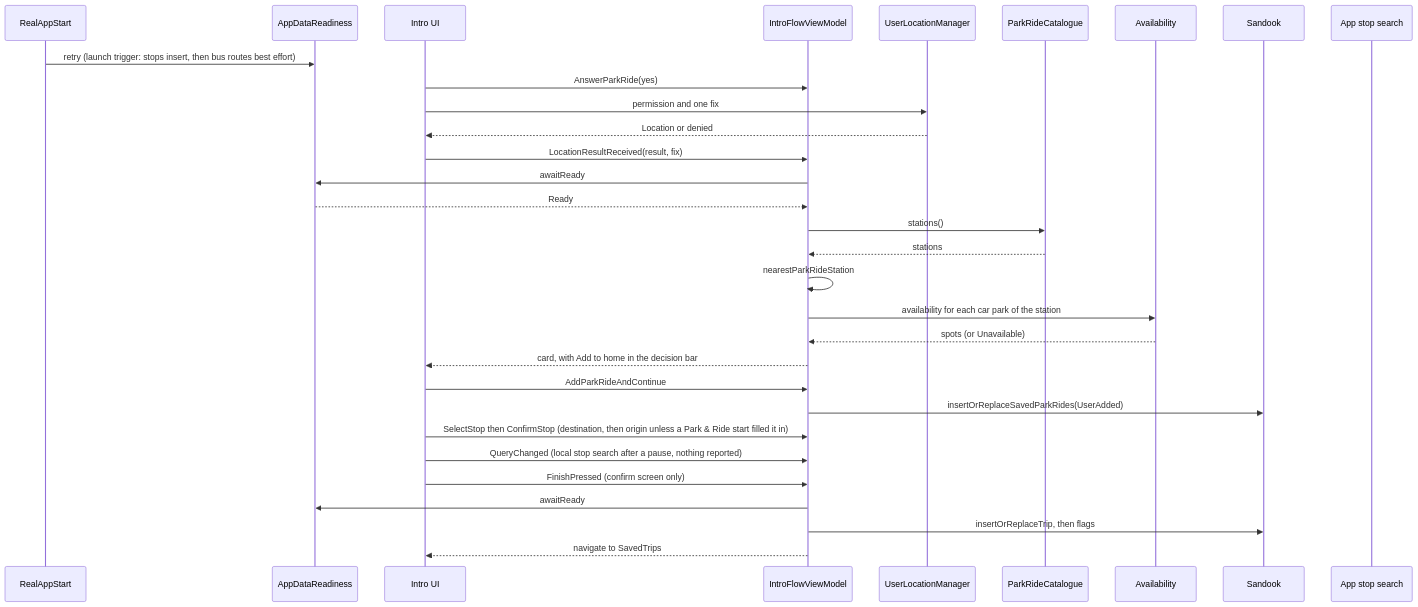
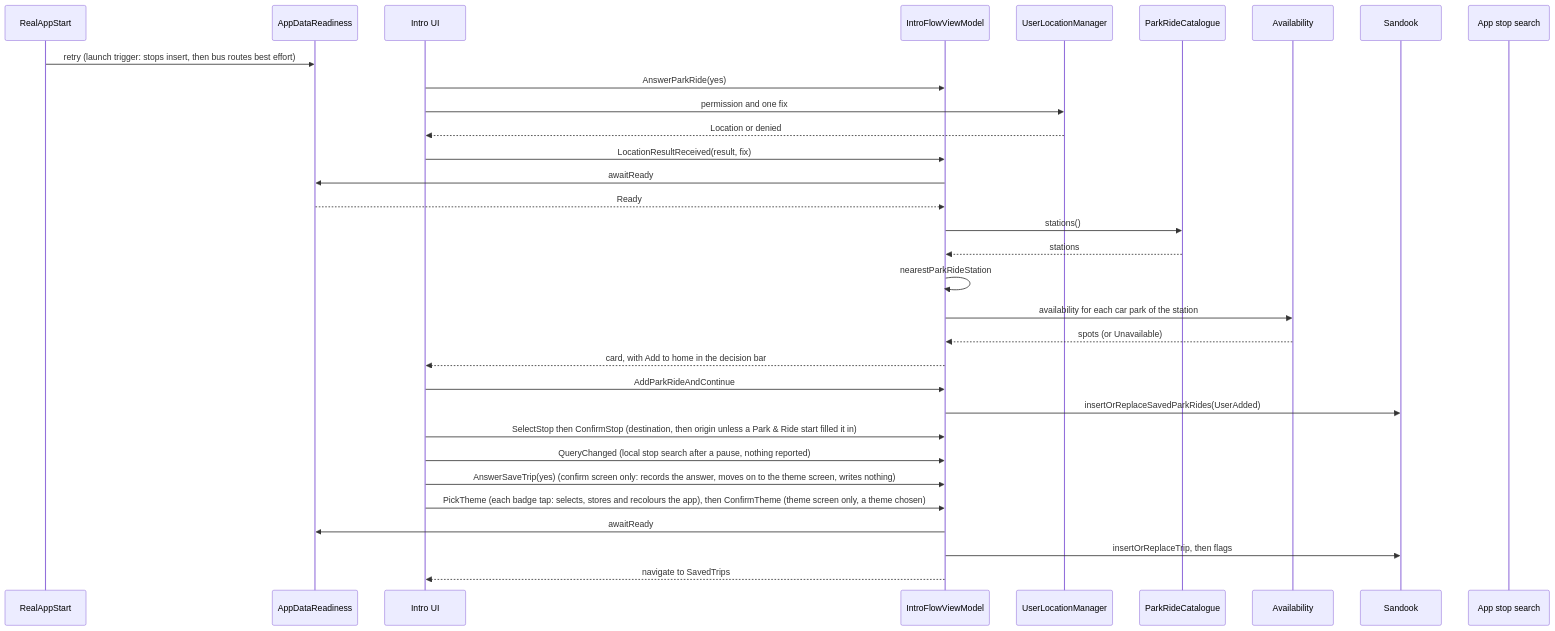
One commit to ksharma-xyz/KRAIL changed the second of 3 diagrams in docs/features/intro/ERD.md. Above: the diagram before and after it, drawn with Mermaid. The commit also changed other lines of this file and 37 other files, not shown here.

First line of the commit message:
Move the Intro finish to the last screen, theme

````diff
--- a/docs/features/intro/ERD.md
+++ b/docs/features/intro/ERD.md
@@ -686,33 +719,34 @@
 ```mermaid
 sequenceDiagram
     participant App as RealAppStart
     participant R as AppDataReadiness
     participant UI as Intro UI
     participant VM as IntroFlowViewModel
     participant L as UserLocationManager
     participant C as ParkRideCatalogue
     participant A as Availability
     participant DB as Sandook
     participant S as App stop search
     App->>R: retry (launch trigger: stops insert, then bus routes best effort)
     UI->>VM: AnswerParkRide(yes)
     UI->>L: permission and one fix
     L-->>UI: Location or denied
     UI->>VM: LocationResultReceived(result, fix)
     VM->>R: awaitReady
     R-->>VM: Ready
     VM->>C: stations()
     C-->>VM: stations
     VM->>VM: nearestParkRideStation
     VM->>A: availability for each car park of the station
     A-->>VM: spots (or Unavailable)
     VM-->>UI: card, with Add to home in the decision bar
     UI->>VM: AddParkRideAndContinue
     VM->>DB: insertOrReplaceSavedParkRides(UserAdded)
     UI->>VM: SelectStop then ConfirmStop (destination, then origin unless a Park & Ride start filled it in)
     UI->>VM: QueryChanged (local stop search after a pause, nothing reported)
-    UI->>VM: FinishPressed (confirm screen only)
+    UI->>VM: AnswerSaveTrip(yes) (confirm screen only: records the answer, moves on to the theme screen, writes nothing)
+    UI->>VM: PickTheme (each badge tap: selects, stores and recolours the app), then ConfirmTheme (theme screen only, a theme chosen)
     VM->>R: awaitReady
     VM->>DB: insertOrReplaceTrip, then flags
     VM-->>UI: navigate to SavedTrips
 ```
````
